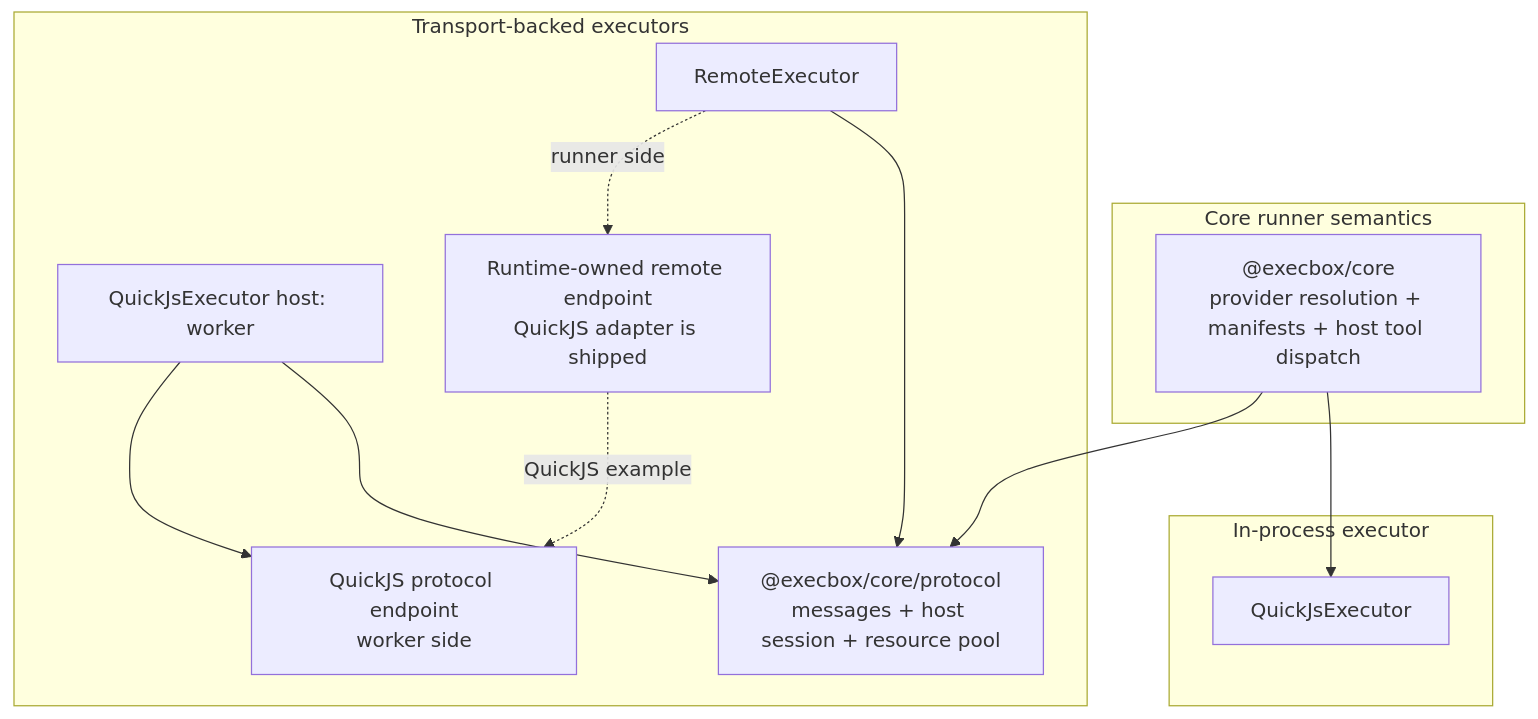
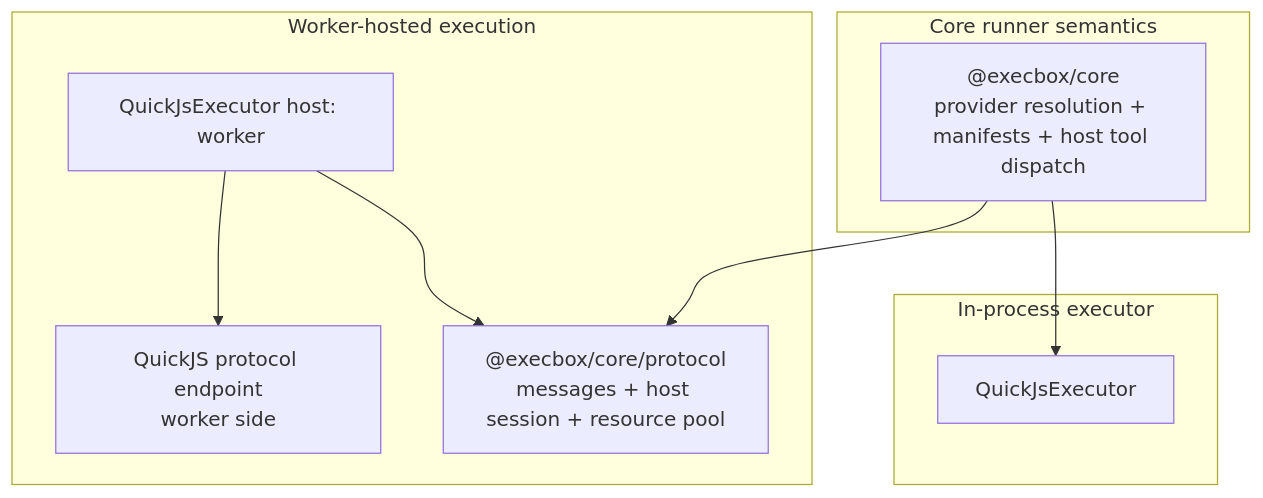
The first of 2 diagrams in docs/src/content/docs/architecture/execbox-mcp-and-protocol.md (aallam/execbox), drawn with Mermaid before and after one commit. The commit also changed other lines of this file and 49 other files, not shown here.

Commit message:
refactor!: remove remote runtime package (#43)

````diff
--- a/docs/src/content/docs/architecture/execbox-mcp-and-protocol.md
+++ b/docs/src/content/docs/architecture/execbox-mcp-and-protocol.md
@@ -52,26 +50,21 @@
 ```mermaid
 flowchart TB
     subgraph Core["Core runner semantics"]
         CORE["@execbox/core<br/>provider resolution + manifests + host tool dispatch"]
     end
 
     subgraph InProcess["In-process executor"]
         QJS["QuickJsExecutor"]
     end
 
-    subgraph TransportBacked["Transport-backed executors"]
+    subgraph WorkerHosted["Worker-hosted execution"]
         PROTO["@execbox/core/protocol<br/>messages + host session + resource pool"]
         HOSTED["QuickJsExecutor host: worker"]
-        REM["RemoteExecutor"]
         QJS_ENDPOINT["QuickJS protocol endpoint<br/>worker side"]
-        REMOTE_ENDPOINT["Runtime-owned remote endpoint<br/>QuickJS adapter is shipped"]
     end
 
     CORE --> QJS
     CORE --> PROTO
     HOSTED --> PROTO
-    REM --> PROTO
     HOSTED --> QJS_ENDPOINT
-    REM -. runner side .-> REMOTE_ENDPOINT
-    REMOTE_ENDPOINT -. QuickJS example .-> QJS_ENDPOINT
 ```
````
